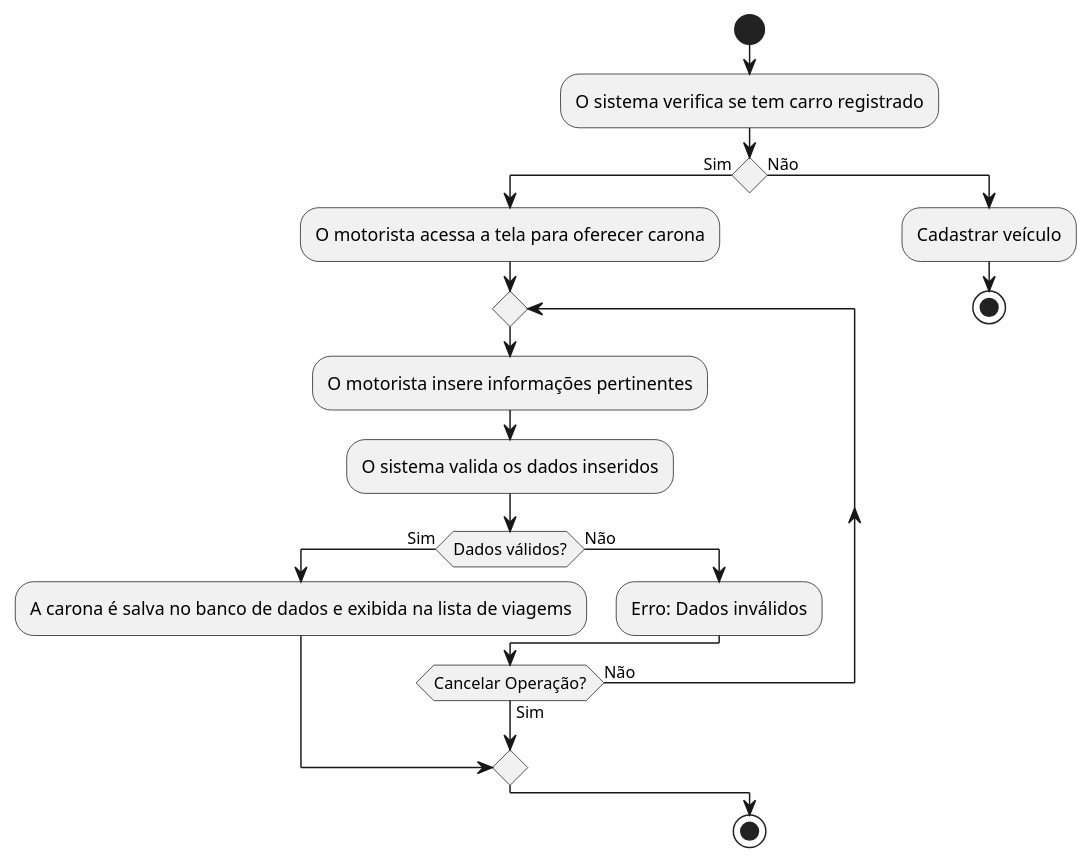
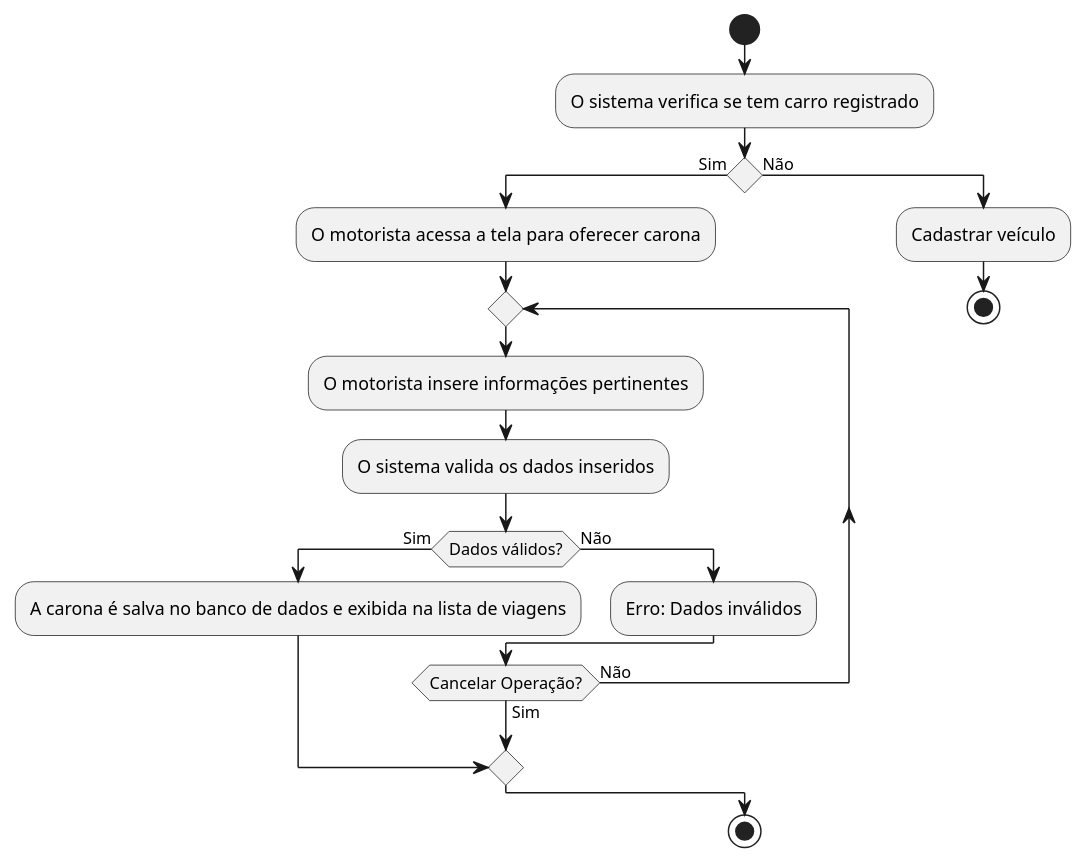
One commit to Pesagniya/FATEC-Ride changed the first of 7 diagrams in docs/activity_diagram/activity.md. Above: the diagram before and after it, drawn with PlantUML.

Commit message:
Update activity.md
spelling

```diff
--- a/docs/activity_diagram/activity.md
+++ b/docs/activity_diagram/activity.md
@@ -4,23 +4,23 @@
 @startuml  
 |Motorista|  
 start  
 :O sistema verifica se tem carro registrado;  
 
 if () then (Sim)  
  :O motorista acessa a tela para oferecer carona;  
  repeat  
  :O motorista insere informações pertinentes;  
  :O sistema valida os dados inseridos;  
  if (Dados válidos?) then (Sim)  
-  :A carona é salva no banco de dados e exibida na lista de viagems;  
+  :A carona é salva no banco de dados e exibida na lista de viagens;  
   break  
  else (Não)  
   :Erro: Dados inválidos;  
  endif  
  repeat while (Cancelar Operação?) is (Não) not (Sim)  
 else (Não)  
  :Cadastrar veículo;  
  stop  
 endif  
 stop  
 @enduml  
```
